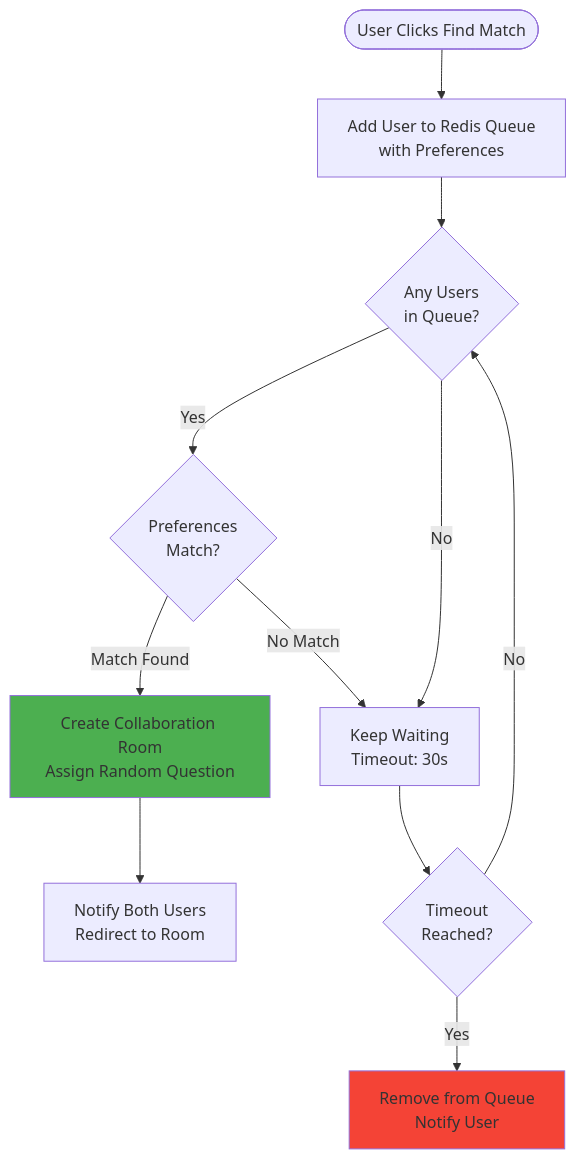
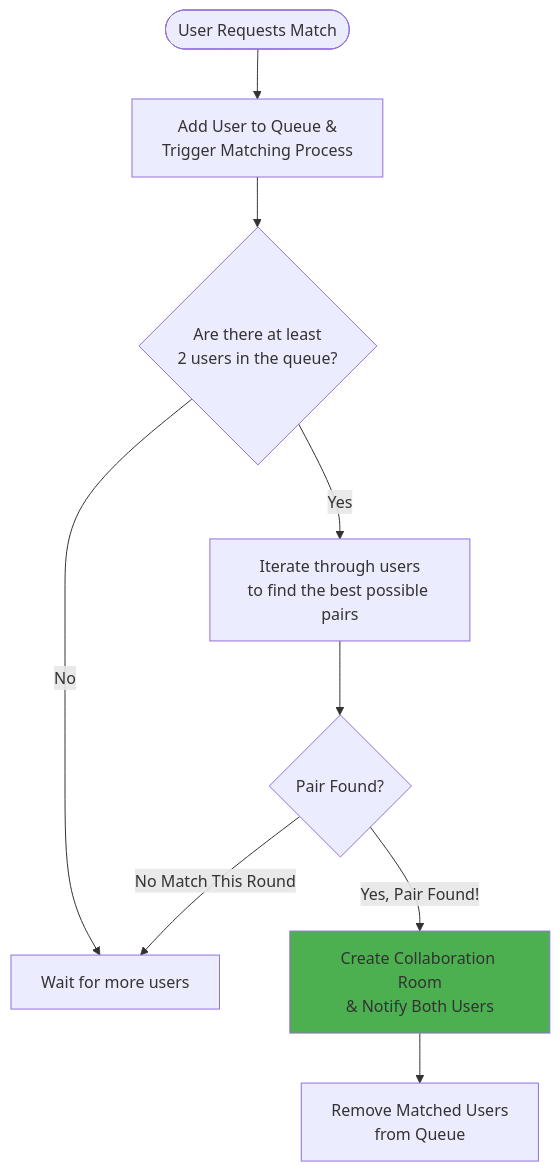
Before and after one commit to thony-ui/cs3219-ay2526s1-project-g22: the fifth of 13 diagrams in docs/architecture-diagrams.md, drawn with Mermaid. The commit also changed other lines of this file and 2 other files, not shown here.

Commit message:
PEERPREP-10: refactor: update architecture diagrams and remove unused match-related endpoints

````diff
--- a/docs/architecture-diagrams.md
+++ b/docs/architecture-diagrams.md
@@ -177,26 +175,19 @@
 ```mermaid
 flowchart TD
-    Start([User Clicks Find Match])
-    AddQueue[Add User to Redis Queue<br/>with Preferences]
-    CheckQueue{Any Users<br/>in Queue?}
-    MatchCriteria{Preferences<br/>Match?}
-    CreateRoom[Create Collaboration Room<br/>Assign Random Question]
-    Notify[Notify Both Users<br/>Redirect to Room]
-    Wait[Keep Waiting<br/>Timeout: 30s]
-    Timeout{Timeout<br/>Reached?}
-    Cancel[Remove from Queue<br/>Notify User]
+    Start([User Requests Match]) --> AddToQueue[Add User to Queue &<br/>Trigger Matching Process]
 
-    Start --> AddQueue
-    AddQueue --> CheckQueue
-    CheckQueue -->|Yes| MatchCriteria
-    CheckQueue -->|No| Wait
-    MatchCriteria -->|Match Found| CreateRoom
-    MatchCriteria -->|No Match| Wait
-    CreateRoom --> Notify
-    Wait --> Timeout
-    Timeout -->|Yes| Cancel
-    Timeout -->|No| CheckQueue
+    AddToQueue --> CheckQueue{Are there at least<br/>2 users in the queue?}
+    CheckQueue -- No --> Wait[Wait for more users]
+
+    CheckQueue -- Yes --> FindPairs[Iterate through users<br/>to find the best possible pairs]
+
+    FindPairs --> MatchFound{Pair Found?}
+
+    MatchFound -- No Match This Round --> Wait
+
+    MatchFound -- Yes, Pair Found! --> CreateRoom[Create Collaboration Room<br/>& Notify Both Users]
+
+    CreateRoom --> RemoveFromQueue[Remove Matched Users<br/>from Queue]
 
     style CreateRoom fill:#4CAF50
-    style Cancel fill:#f44336
 ```
````
